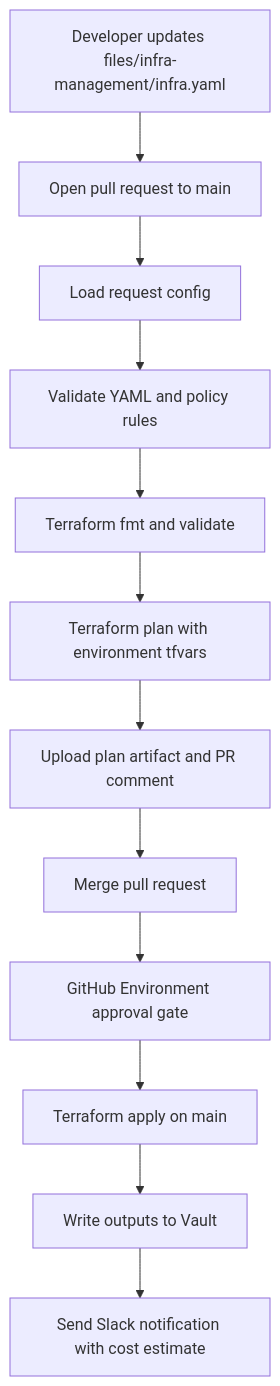
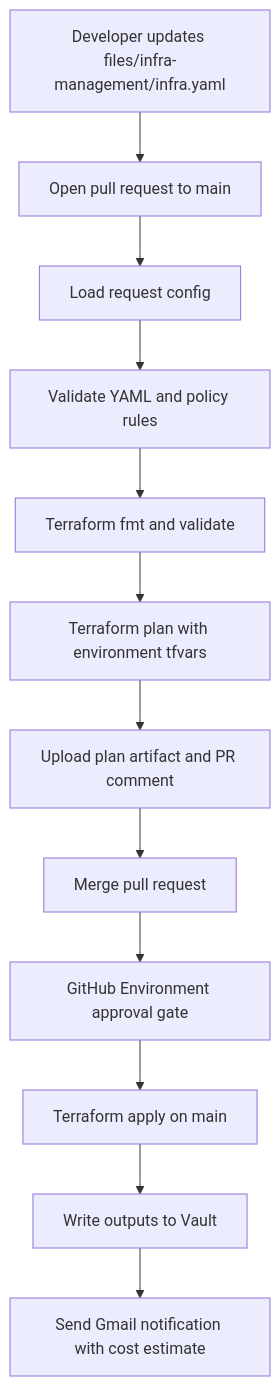
The first of 2 diagrams in README.md (devopsforge2304/IDP-Terraform-Project), drawn with Mermaid before and after one commit. The commit also changed other lines of this file and 8 other files, not shown here.

````diff
--- a/README.md
+++ b/README.md
@@ -49,14 +49,14 @@
 ```mermaid
 flowchart TD
     A[Developer updates files/infra-management/infra.yaml] --> B[Open pull request to main]
     B --> C[Load request config]
     C --> D[Validate YAML and policy rules]
     D --> E[Terraform fmt and validate]
     E --> F[Terraform plan with environment tfvars]
     F --> G[Upload plan artifact and PR comment]
     G --> H[Merge pull request]
     H --> I[GitHub Environment approval gate]
     I --> J[Terraform apply on main]
     J --> K[Write outputs to Vault]
-    K --> L[Send Slack notification with cost estimate]
+    K --> L[Send Gmail notification with cost estimate]
 ```
````
